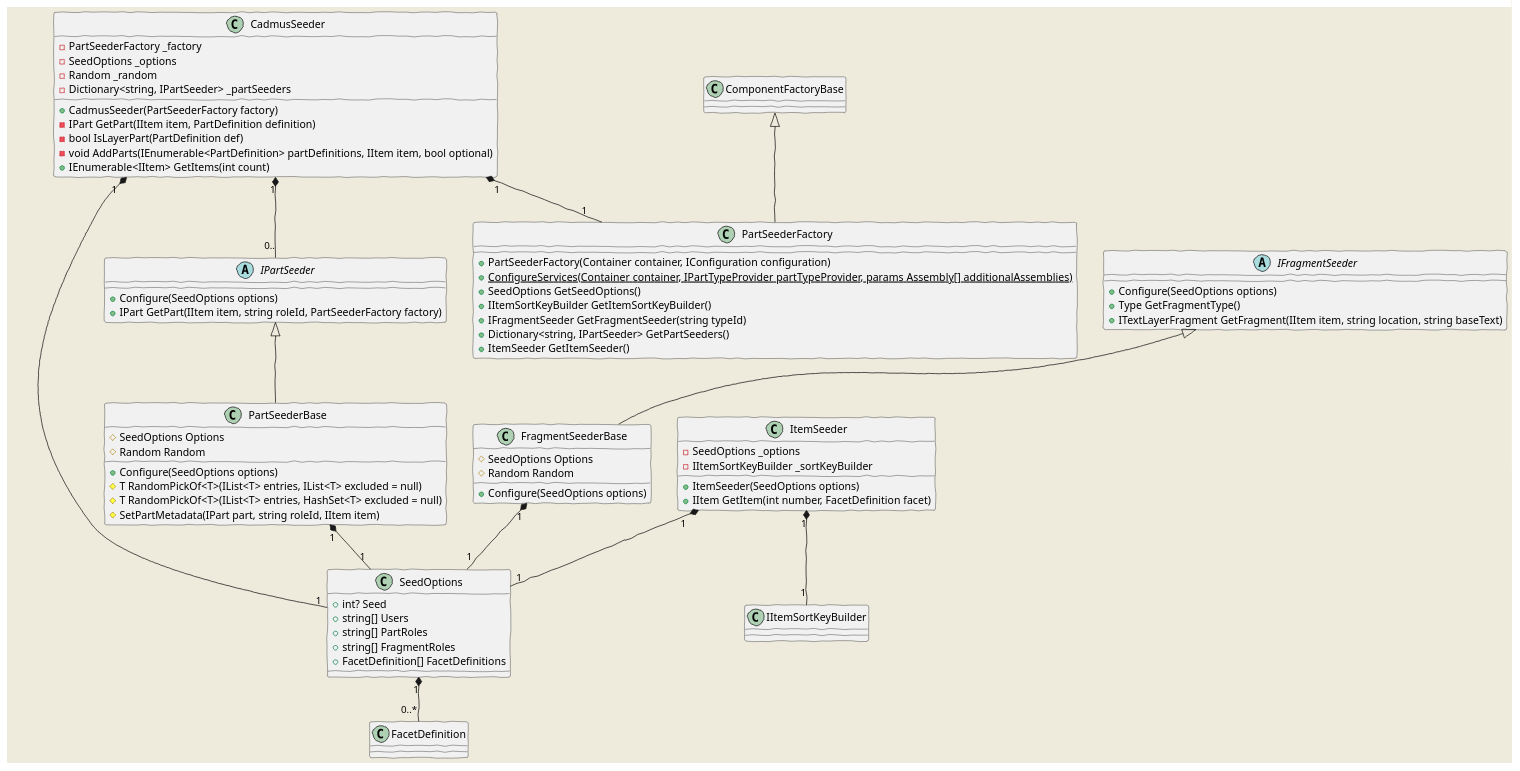
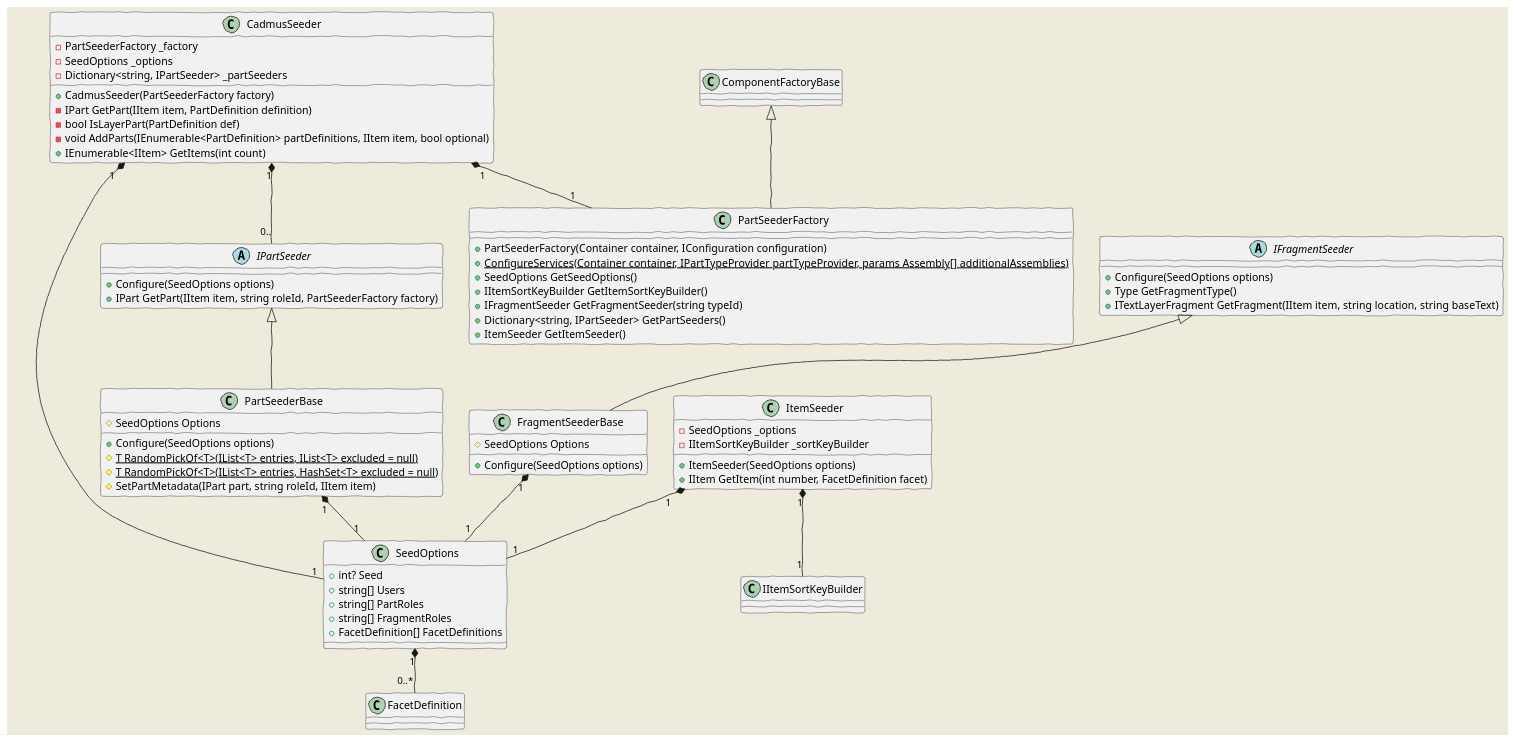
Before and after one commit to vedph/cadmus_core: the diagram in Doc/seeding.md, drawn with PlantUML. The commit also changed 9 other files, not shown here.

````diff
--- a/Doc/seeding.md
+++ b/Doc/seeding.md
@@ -11,76 +11,73 @@
 ```plantuml
 @startuml
     skinparam backgroundColor #EEEBDC
     skinparam handwritten true
 
     SeedOptions "1"*--"0..*" FacetDefinition
 
     SeedOptions : +int? Seed
     SeedOptions : +string[] Users
     SeedOptions : +string[] PartRoles
     SeedOptions : +string[] FragmentRoles
     SeedOptions : +FacetDefinition[] FacetDefinitions
 
     ComponentFactoryBase <|-- PartSeederFactory
 
     PartSeederFactory : +PartSeederFactory(Container container, IConfiguration configuration)
     PartSeederFactory : +{static} ConfigureServices(Container container, IPartTypeProvider partTypeProvider, params Assembly[] additionalAssemblies)
     PartSeederFactory : +SeedOptions GetSeedOptions()
     PartSeederFactory : +IItemSortKeyBuilder GetItemSortKeyBuilder()
     PartSeederFactory : +IFragmentSeeder GetFragmentSeeder(string typeId)
     PartSeederFactory : +Dictionary<string, IPartSeeder> GetPartSeeders()
     PartSeederFactory : +ItemSeeder GetItemSeeder()
 
     ItemSeeder "1"*--"1" SeedOptions
     ItemSeeder "1"*--"1" IItemSortKeyBuilder
 
     ItemSeeder : -SeedOptions _options
     ItemSeeder : -IItemSortKeyBuilder _sortKeyBuilder
     ItemSeeder : +ItemSeeder(SeedOptions options)
     ItemSeeder : +IItem GetItem(int number, FacetDefinition facet)
 
     abstract class IPartSeeder
 
     IPartSeeder : +Configure(SeedOptions options)
     IPartSeeder : +IPart GetPart(IItem item, string roleId, PartSeederFactory factory)
 
     IPartSeeder <|-- PartSeederBase
 
     PartSeederBase "1"*--"1" SeedOptions
 
     PartSeederBase : #SeedOptions Options
-    PartSeederBase : #Random Random
     PartSeederBase : +Configure(SeedOptions options)
-    PartSeederBase : #T RandomPickOf<T>(IList<T> entries, IList<T> excluded = null)
-    PartSeederBase : #T RandomPickOf<T>(IList<T> entries, HashSet<T> excluded = null)
+    PartSeederBase : #{static} T RandomPickOf<T>(IList<T> entries, IList<T> excluded = null)
+    PartSeederBase : #{static} T RandomPickOf<T>(IList<T> entries, HashSet<T> excluded = null)
     PartSeederBase : #SetPartMetadata(IPart part, string roleId, IItem item)
 
     abstract class IFragmentSeeder
 
     IFragmentSeeder : +Configure(SeedOptions options)
     IFragmentSeeder : +Type GetFragmentType()
     IFragmentSeeder : +ITextLayerFragment GetFragment(IItem item, string location, string baseText)
 
     IFragmentSeeder <|-- FragmentSeederBase
 
     FragmentSeederBase "1"*--"1" SeedOptions
 
     FragmentSeederBase : #SeedOptions Options
-    FragmentSeederBase : #Random Random
     FragmentSeederBase : +Configure(SeedOptions options)
 
     CadmusSeeder "1"*--"1" PartSeederFactory
     CadmusSeeder "1"*--"1" SeedOptions
     CadmusSeeder "1"*--"0.." IPartSeeder
 
     CadmusSeeder : -PartSeederFactory _factory
     CadmusSeeder : -SeedOptions _options
-    CadmusSeeder : -Random _random
     CadmusSeeder : -Dictionary<string, IPartSeeder> _partSeeders
     CadmusSeeder : +CadmusSeeder(PartSeederFactory factory)
     CadmusSeeder : -IPart GetPart(IItem item, PartDefinition definition)
     CadmusSeeder : -bool IsLayerPart(PartDefinition def)
     CadmusSeeder : -void AddParts(IEnumerable<PartDefinition> partDefinitions, IItem item, bool optional)
     CadmusSeeder : +IEnumerable<IItem> GetItems(int count)
 @enduml
 ```
````
